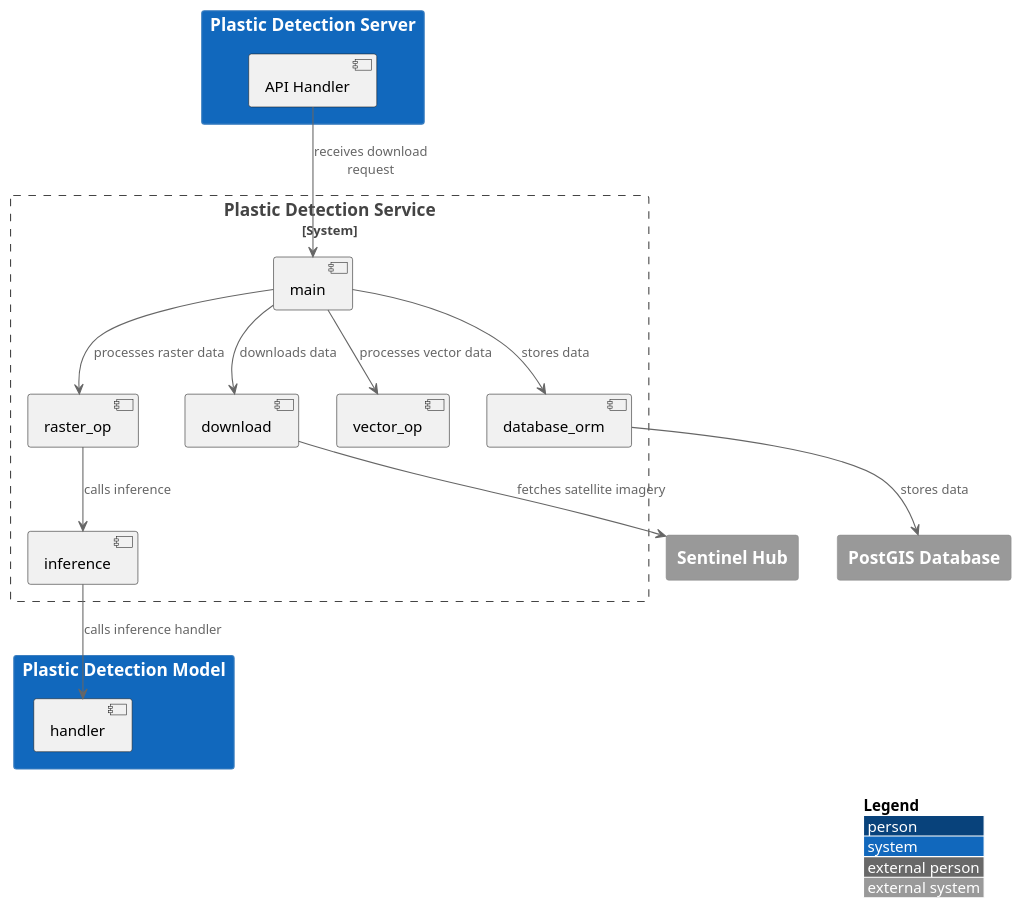
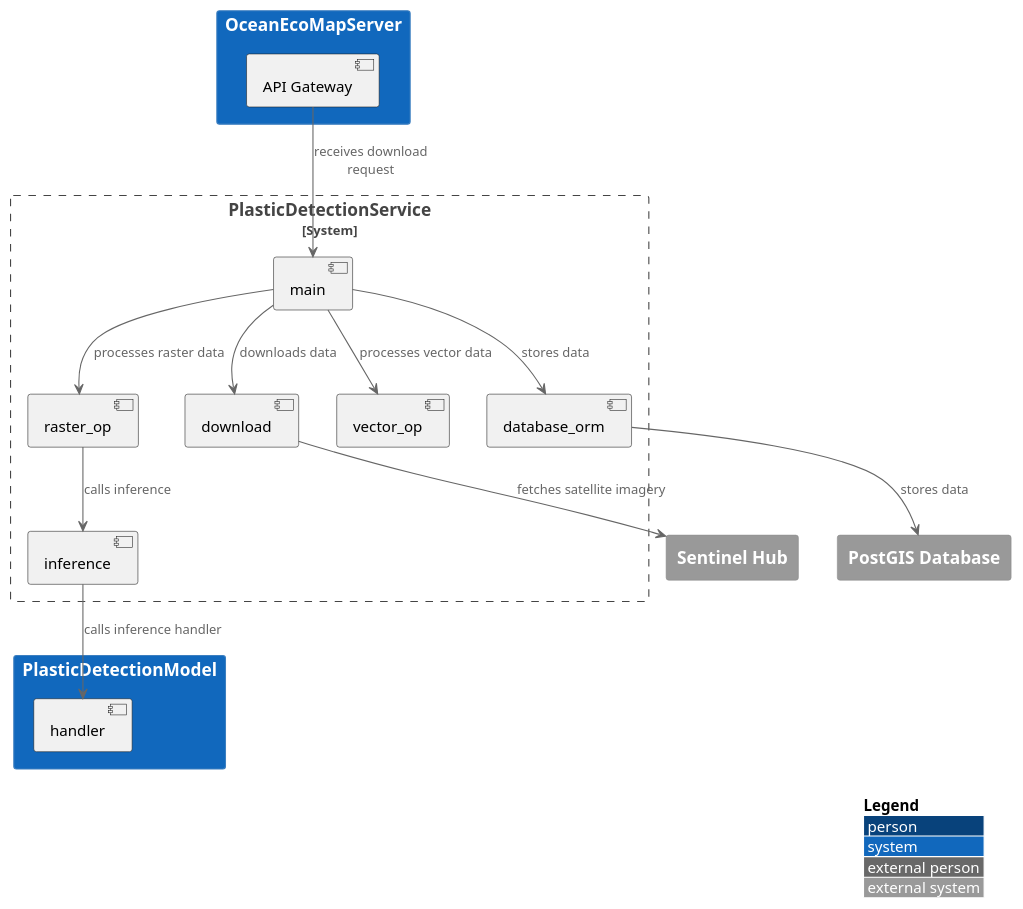
One commit to OceanEcoWatch/PlasticDetectionService changed the diagram in docs/diagrams/puml/compontent_diagram.puml. Above: the diagram before and after it, drawn with PlantUML. The commit also changed 1 other file, not shown here.

Commit message:
update diagrams

```diff
--- a/docs/diagrams/puml/compontent_diagram.puml
+++ b/docs/diagrams/puml/compontent_diagram.puml
@@ -1,35 +1,35 @@
 @startuml
 !include https://raw.githubusercontent.com/plantuml-stdlib/C4-PlantUML/master/C4_Context.puml
 
 LAYOUT_WITH_LEGEND()
 
-System_Boundary(PlasticDetectionService, "Plastic Detection Service") {
+System_Boundary(PlasticDetectionService, "PlasticDetectionService") {
     component "main " as main
     component "download" as download
     component "raster_op" as raster_op
     component "vector_op" as vector_op
     component "inference" as inference
     component "database_orm" as database_orm
 }
 
-System(PlasticDetectionServer, "Plastic Detection Server") {
-    component "API Handler" as APIHandler
+System(PlasticDetectionServer, "OceanEcoMapServer") {
+    component "API Gateway" as APIHandler
 }
-System(PlasticDetectionModel, "Plastic Detection Model") {
+System(PlasticDetectionModel, "PlasticDetectionModel") {
     component "handler" as handler
 }
 System_Ext(database, "PostGIS Database")
 System_Ext(SentinelHub, "Sentinel Hub")
 
 ' Define relationships and flow
 [APIHandler] --> [main] : "receives download request"
 [main] --> [download] : "downloads data"
 [download] --> SentinelHub : "fetches satellite imagery"
 [main] --> [raster_op] : "processes raster data"
 [main] --> [vector_op] : "processes vector data"
 [raster_op] --> [inference] : "calls inference"
 [main] --> [database_orm] : "stores data"
 [database_orm] --> "database" : "stores data"
 [inference] --> [handler] : "calls inference handler"
 
 @enduml
```
